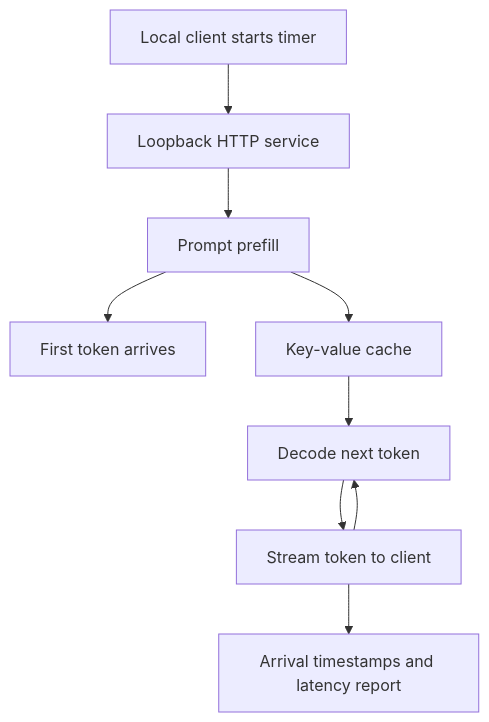
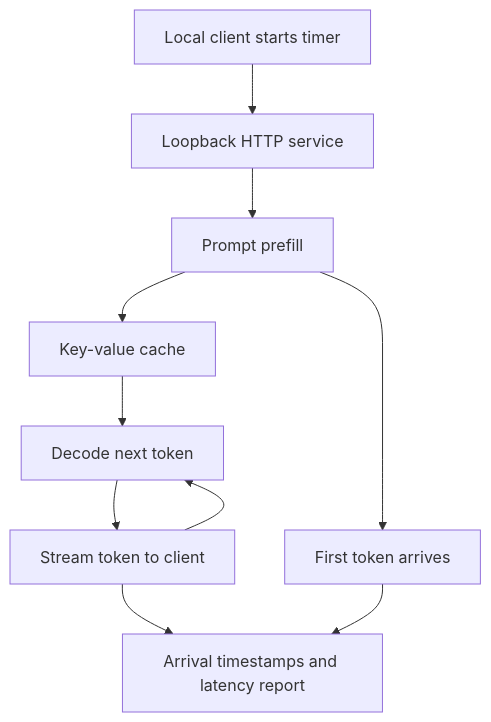
One commit to zelicerica/machine-learning-super-lab changed diagram 13 of 14 in course/Modern-Language-Engineering.md. Above: the diagram before and after it, drawn with Mermaid. The commit also changed other lines of this file and 124 other files, not shown here.

````diff
--- a/course/Modern-Language-Engineering.md
+++ b/course/Modern-Language-Engineering.md
@@ -433,11 +443,12 @@
 ```mermaid
 flowchart TD
     C["Local client starts timer"] --> H["Loopback HTTP service"]
     H --> P["Prompt prefill"]
     P --> F["First token arrives"]
     P --> K["Key-value cache"]
     K --> D["Decode next token"]
     D --> S["Stream token to client"]
     S --> D
     S --> M["Arrival timestamps and latency report"]
+    F --> M
 ```
````
